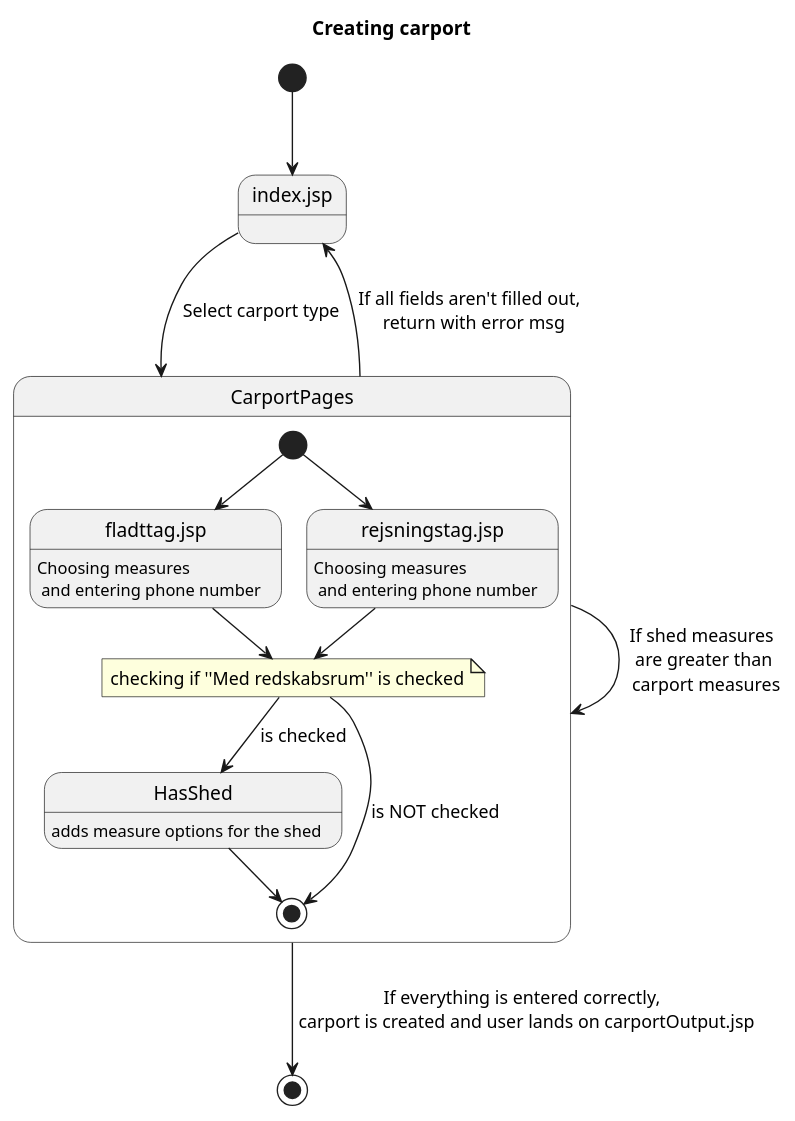
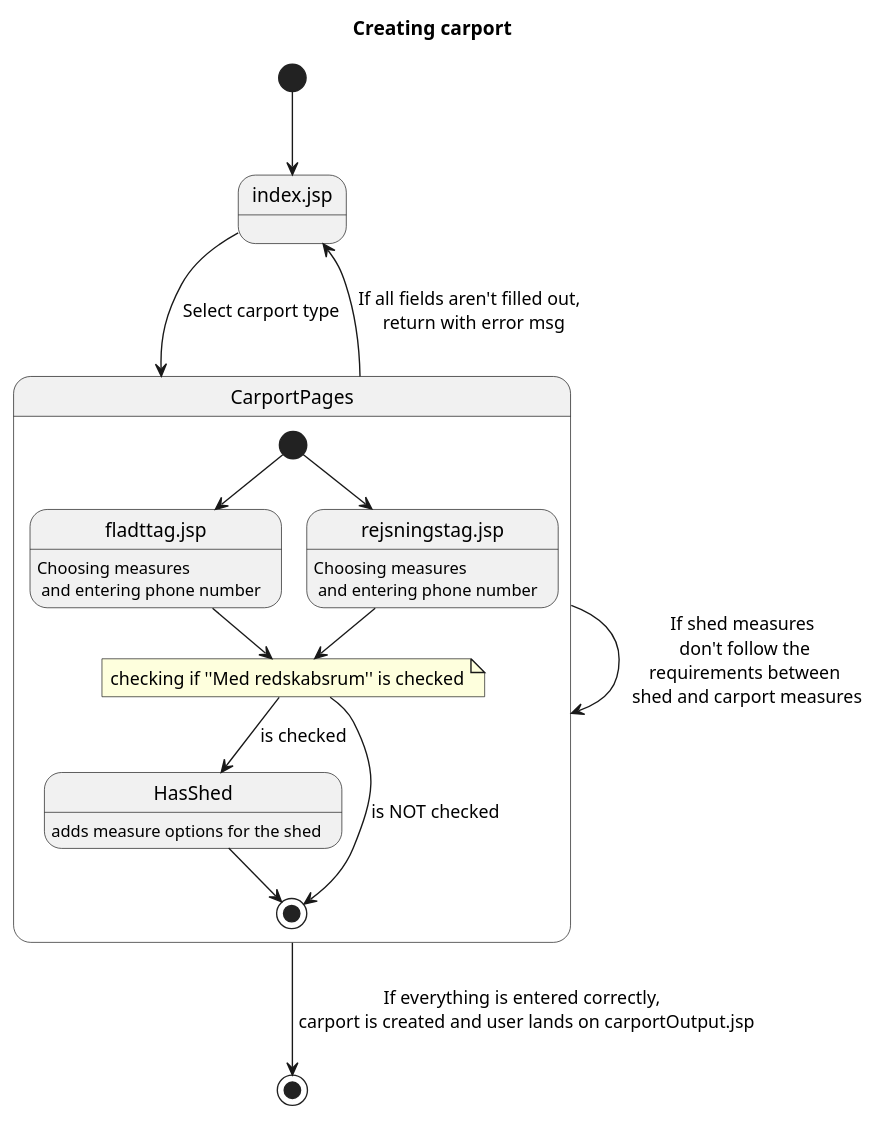
One commit to UtilExe/Carport changed the diagram in data/CreatingCarportNav.puml. Above: the diagram before and after it, drawn with PlantUML.

Commit message:
Lille ændring på CreatingCarport navigationsdiagram

```diff
--- a/data/CreatingCarportNav.puml
+++ b/data/CreatingCarportNav.puml
@@ -1,35 +1,35 @@
 @startuml
 
 Title Creating carport
 State StartPage
 
 [*] --> StartPage
 StartPage --> CarportPages : Select carport type
 state CarportPages {
 [*] --> CarportFladtTag
 CarportFladtTag : Choosing measures \n and entering phone number
 [*] --> CarportRejsningsTag
 CarportRejsningsTag : Choosing measures \n and entering phone number
 
 note "checking if ''Med redskabsrum'' is checked" as hej
 CarportFladtTag --> hej
 CarportRejsningsTag --> hej
 hej --> HasShed : is checked
 HasShed : adds measure options for the shed
 
 hej --> [*] : is NOT checked
 HasShed --> [*]
 
 }
 
 CarportPages --> StartPage : If all fields aren't filled out, \n return with error msg
-CarportPages --> CarportPages : If shed measures \n are greater than \n carport measures
+CarportPages --> CarportPages : If shed measures \n don't follow the \n requirements between \n shed and carport measures
 CarportPages --> [*] : If everything is entered correctly, \n carport is created and user lands on carportOutput.jsp
 
 
 State "fladttag.jsp" as CarportFladtTag
 State "rejsningstag.jsp" as CarportRejsningsTag
 State "index.jsp" as StartPage
 
 
 @enduml
```
